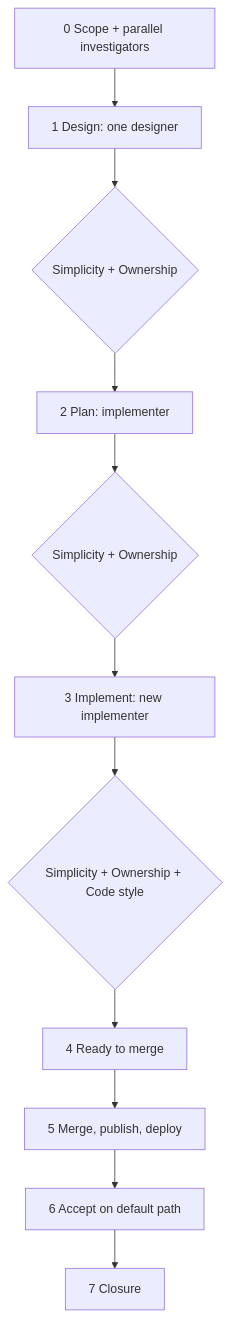
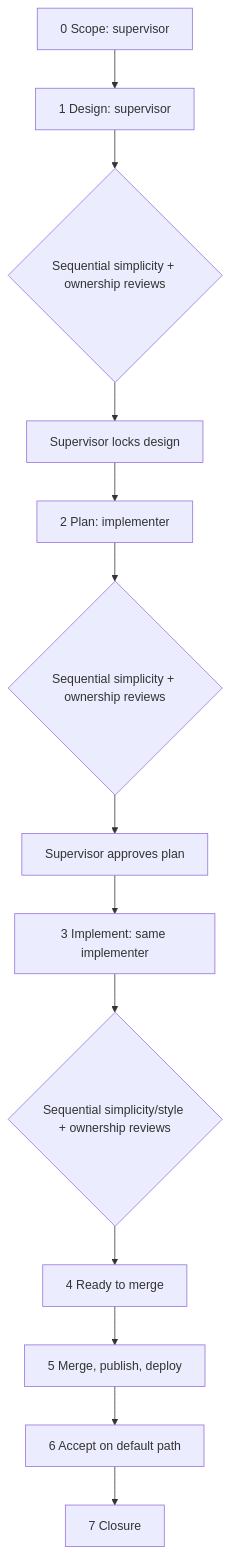
Before and after one commit to katasec/mission-control-language: the diagram in docs/design/supervisor-workflow.md, drawn with Mermaid. The commit also changed other lines of this file and 9 other files, not shown here.

First line of the commit message:
docs(workflow): bound and sequence the supervisor team

````diff
--- a/docs/design/supervisor-workflow.md
+++ b/docs/design/supervisor-workflow.md
@@ -10,8 +10,10 @@
 ```mermaid
 flowchart TD
-    S[0 Scope + parallel investigators] --> D[1 Design: one designer]
-    D --> DR{Simplicity + Ownership} --> P[2 Plan: implementer]
-    P --> PR{Simplicity + Ownership} --> I[3 Implement: new implementer]
-    I --> CR{Simplicity + Ownership + Code style} --> RD[4 Ready to merge]
+    S[0 Scope: supervisor] --> D[1 Design: supervisor]
+    D --> DR{Sequential simplicity + ownership reviews} --> DA[Supervisor locks design]
+    DA --> P[2 Plan: implementer]
+    P --> PR{Sequential simplicity + ownership reviews} --> PA[Supervisor approves plan]
+    PA --> I[3 Implement: same implementer]
+    I --> CR{Sequential simplicity/style + ownership reviews} --> RD[4 Ready to merge]
     RD --> M[5 Merge, publish, deploy] --> A[6 Accept on default path] --> C[7 Closure]
 ```
````
